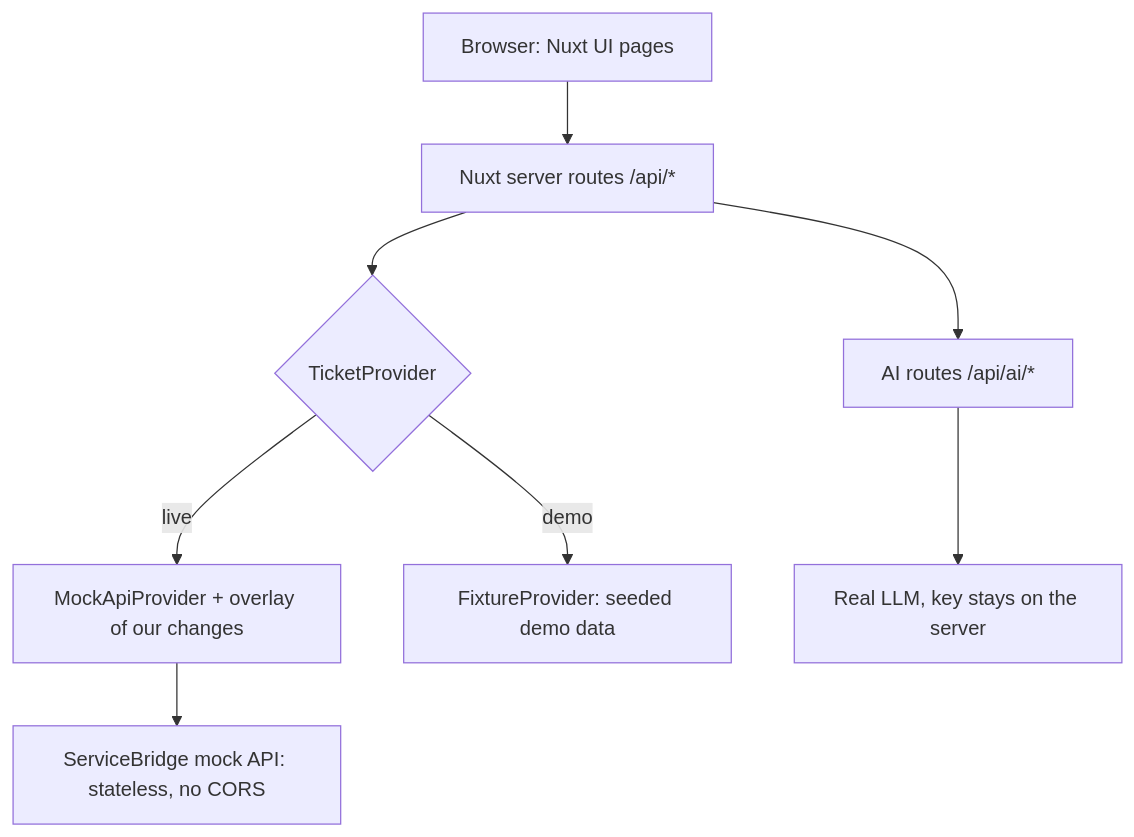
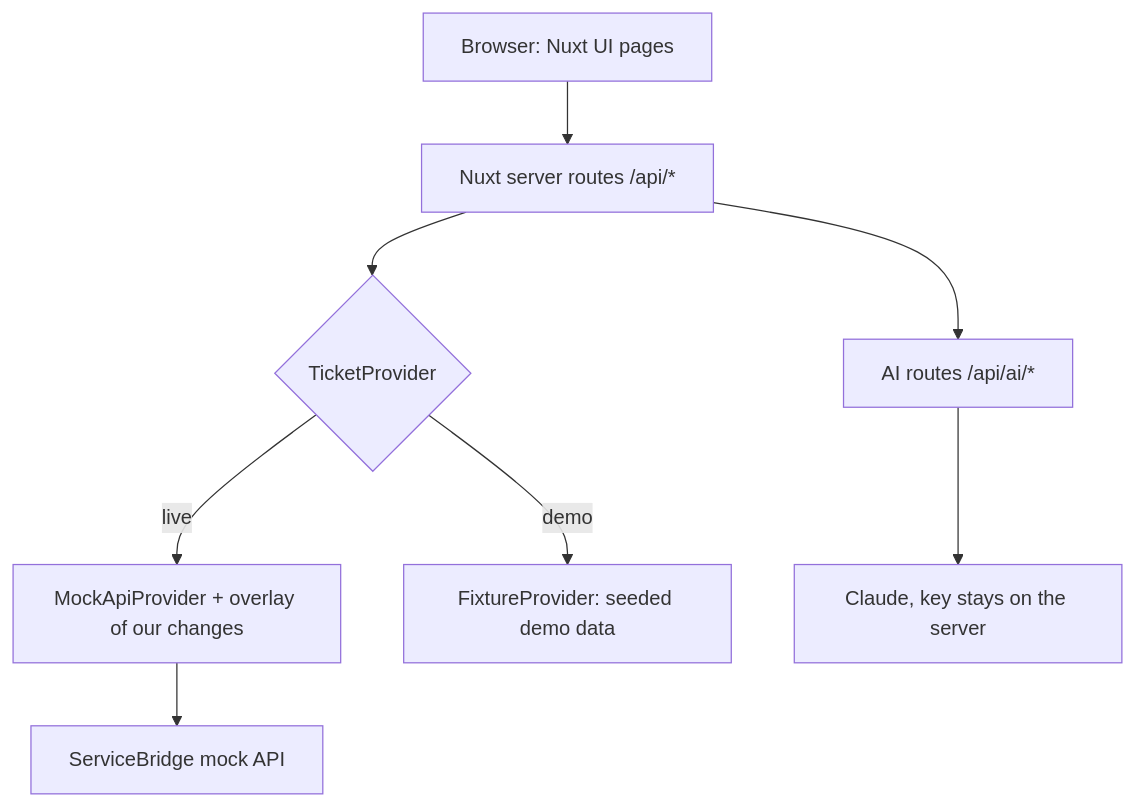
One commit to chokonaira/PragHack changed the second of 2 diagrams in README.md. Above: the diagram before and after it, drawn with Mermaid. The commit also changed other lines of this file and 6 other files, not shown here.

````diff
--- a/README.md
+++ b/README.md
@@ -43,10 +34,10 @@
 ```mermaid
 flowchart TB
     UI["Browser: Nuxt UI pages"] --> API["Nuxt server routes /api/*"]
     API --> P{"TicketProvider"}
     P -->|"live"| M["MockApiProvider + overlay of our changes"]
     P -->|"demo"| F["FixtureProvider: seeded demo data"]
-    M --> S["ServiceBridge mock API: stateless, no CORS"]
+    M --> S["ServiceBridge mock API"]
     API --> L["AI routes /api/ai/*"]
-    L --> LLM["Real LLM, key stays on the server"]
+    L --> LLM["Claude, key stays on the server"]
 ```
````
